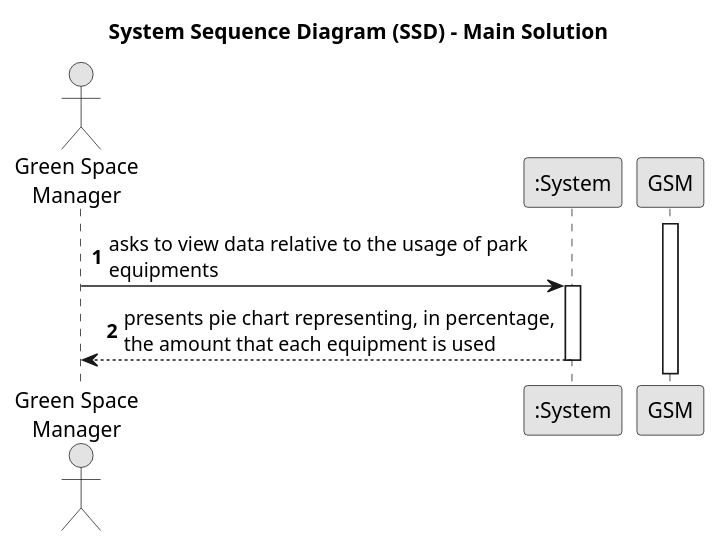
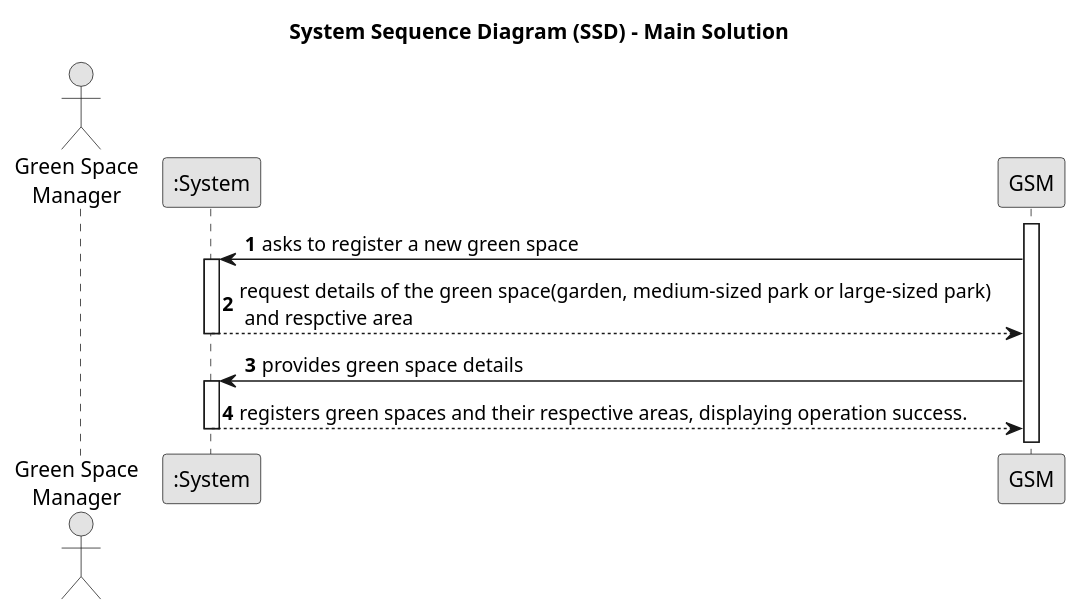
The diagram in docs/sprintC/us020/01.requirements-engineering/puml/us020-system-sequence-diagram-main-solution.puml (Departamento-de-Engenharia-Informatica/lei-24-s2-1dkl-g134), drawn with PlantUML before and after one commit.

Commit message:
Done SSD US020

```diff
--- a/docs/sprintC/us020/01.requirements-engineering/puml/us020-system-sequence-diagram-main-solution.puml
+++ b/docs/sprintC/us020/01.requirements-engineering/puml/us020-system-sequence-diagram-main-solution.puml
@@ -1,21 +1,28 @@
 @startuml
 skinparam monochrome true
 skinparam packageStyle rectangle
 skinparam shadowing false
 
 title System Sequence Diagram (SSD) - Main Solution
 
 autonumber
 
 actor "Green Space\nManager" as Manager
 participant ":System" as System
 
 activate GSM
 
-    Manager -> System : asks to view data relative to the usage of park\nequipments
+    GSM -> System : asks to register a new green space
     activate System
 
-        System --> Manager : presents pie chart representing, in percentage,\nthe amount that each equipment is used
+        System --> GSM : request details of the green space(garden, medium-sized park or large-sized park)\n and respctive area
     deactivate System
 
+    GSM -> System : provides green space details
+       activate System
+
+       System --> GSM : registers green spaces and their respective areas, displaying operation success.
+           deactivate System
+
+
 @enduml
```
